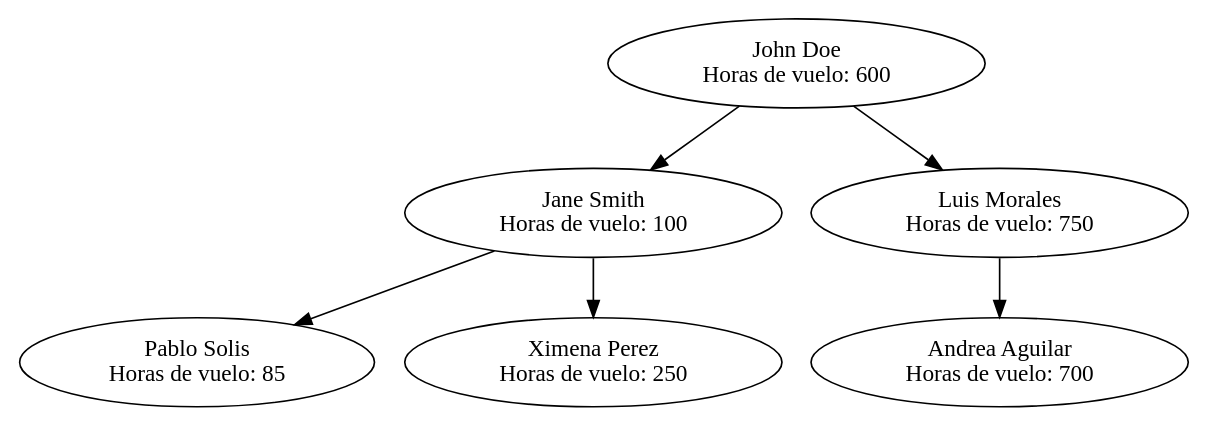
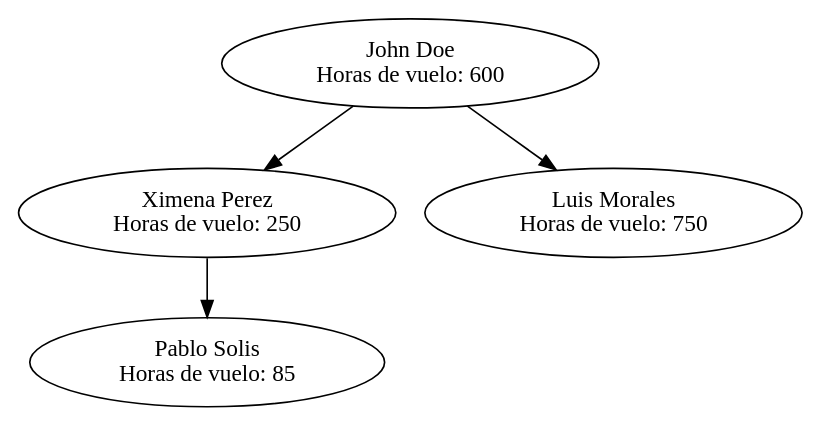
One commit to sajche12/201904490_EDD_Proyecto changed the diagram in arbolPilotos.dot. Above: the diagram before and after it, drawn with Graphviz. The commit also changed 18 other files, not shown here.

```diff
--- a/arbolPilotos.dot
+++ b/arbolPilotos.dot
@@ -1,13 +1,9 @@
 digraph G {
 "P12345678" [label="John Doe\nHoras de vuelo: 600"];
-"P12345678" -> "P98765432";
-"P98765432" [label="Jane Smith\nHoras de vuelo: 100"];
-"P98765432" -> "P6521495";
-"P6521495" [label="Pablo Solis\nHoras de vuelo: 85"];
-"P98765432" -> "P05485571";
-"P05485571" [label="Ximena Perez\nHoras de vuelo: 250"];
-"P12345678" -> "P47521458";
-"P47521458" [label="Luis Morales\nHoras de vuelo: 750"];
-"P47521458" -> "P32004957";
-"P32004957" [label="Andrea Aguilar\nHoras de vuelo: 700"];
+"P12345678" -> "P10101019";
+"P10101019" [label="Ximena Perez\nHoras de vuelo: 250"];
+"P10101019" -> "P14521378";
+"P14521378" [label="Pablo Solis\nHoras de vuelo: 85"];
+"P12345678" -> "A01010104";
+"A01010104" [label="Luis Morales\nHoras de vuelo: 750"];
 }
```
